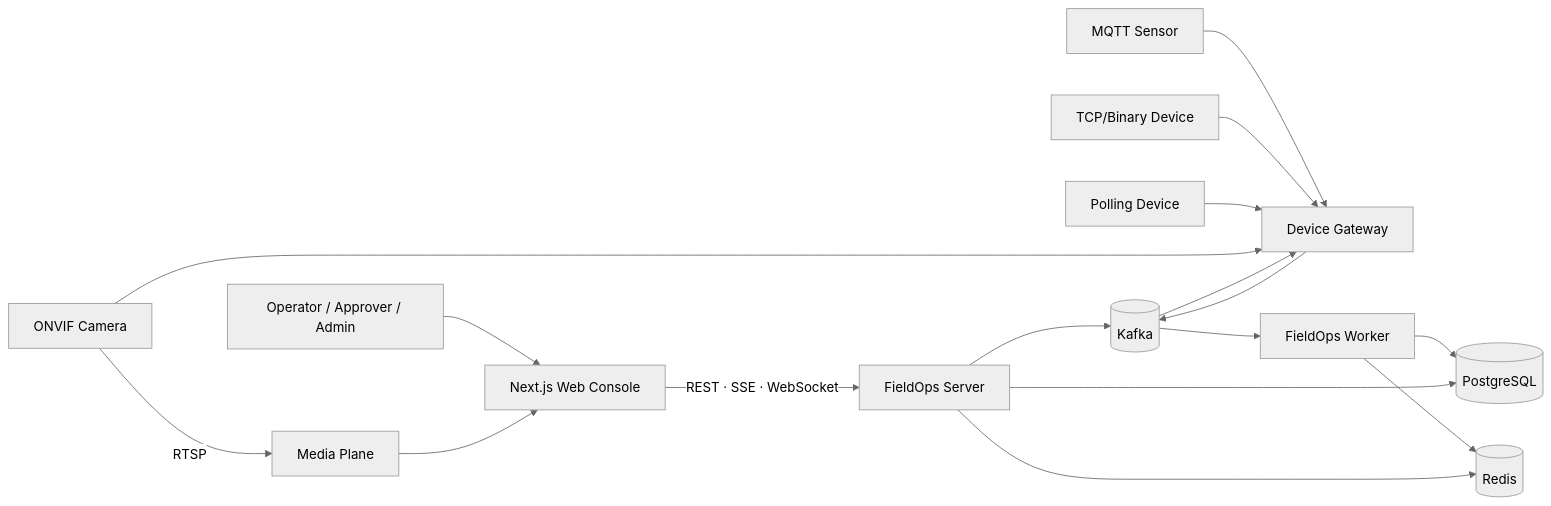
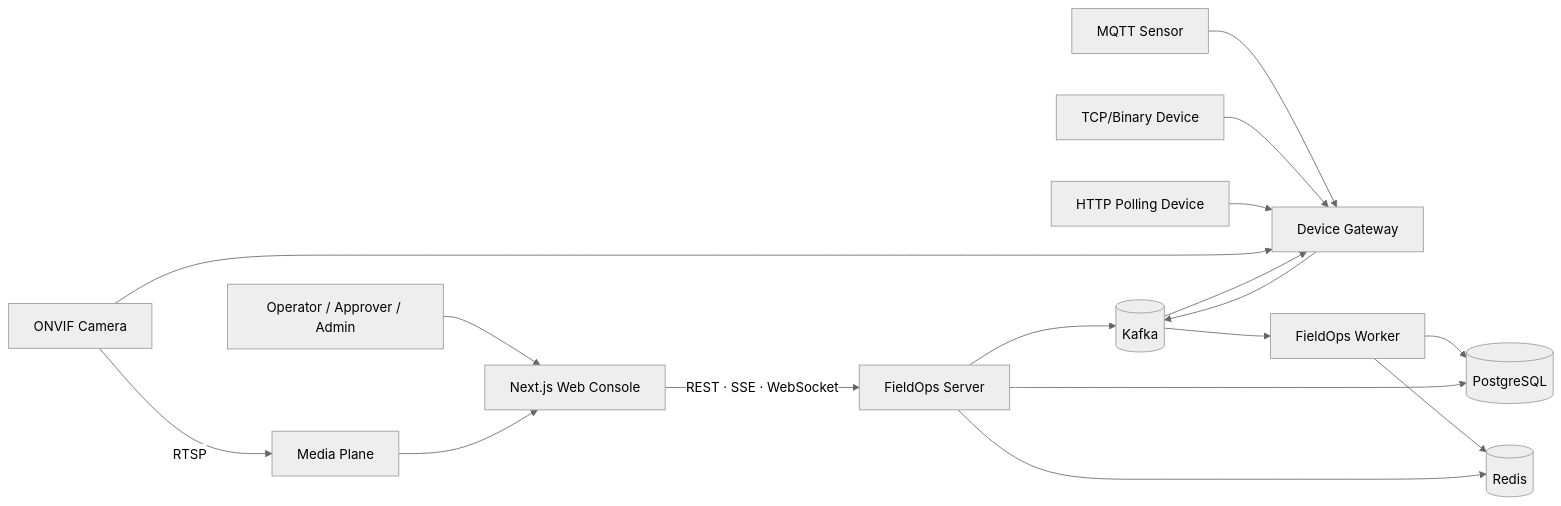
The diagram in README.md (krait4g/fieldops-control-plane), drawn with Mermaid (neutral theme) before and after one commit. The commit also changed other lines of this file, not shown here.

````diff
--- a/README.md
+++ b/README.md
@@ -151,22 +154,22 @@
 ```mermaid
 flowchart LR
     USER[Operator / Approver / Admin] --> WEB[Next.js Web Console]
     WEB -->|REST · SSE · WebSocket| API[FieldOps Server]
 
     MQTT[MQTT Sensor] --> GW[Device Gateway]
     TCP[TCP/Binary Device] --> GW
-    POLL[Polling Device] --> GW
+    POLL[HTTP Polling Device] --> GW
     CAM[ONVIF Camera] --> GW
     CAM -->|RTSP| MEDIA[Media Plane]
     MEDIA --> WEB
 
     GW --> K[(Kafka)]
     K --> WORKER[FieldOps Worker]
     WORKER --> PG[(PostgreSQL)]
     WORKER --> RD[(Redis)]
 
     API --> PG
     API --> RD
     API --> K
     K --> GW
 ```
````
